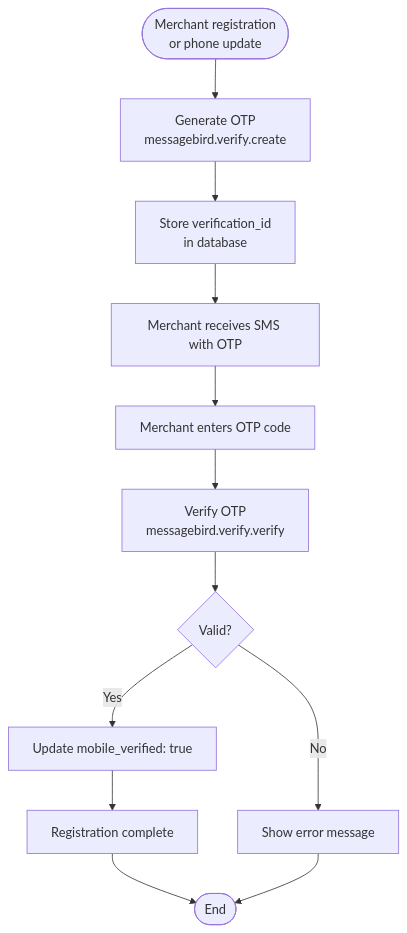
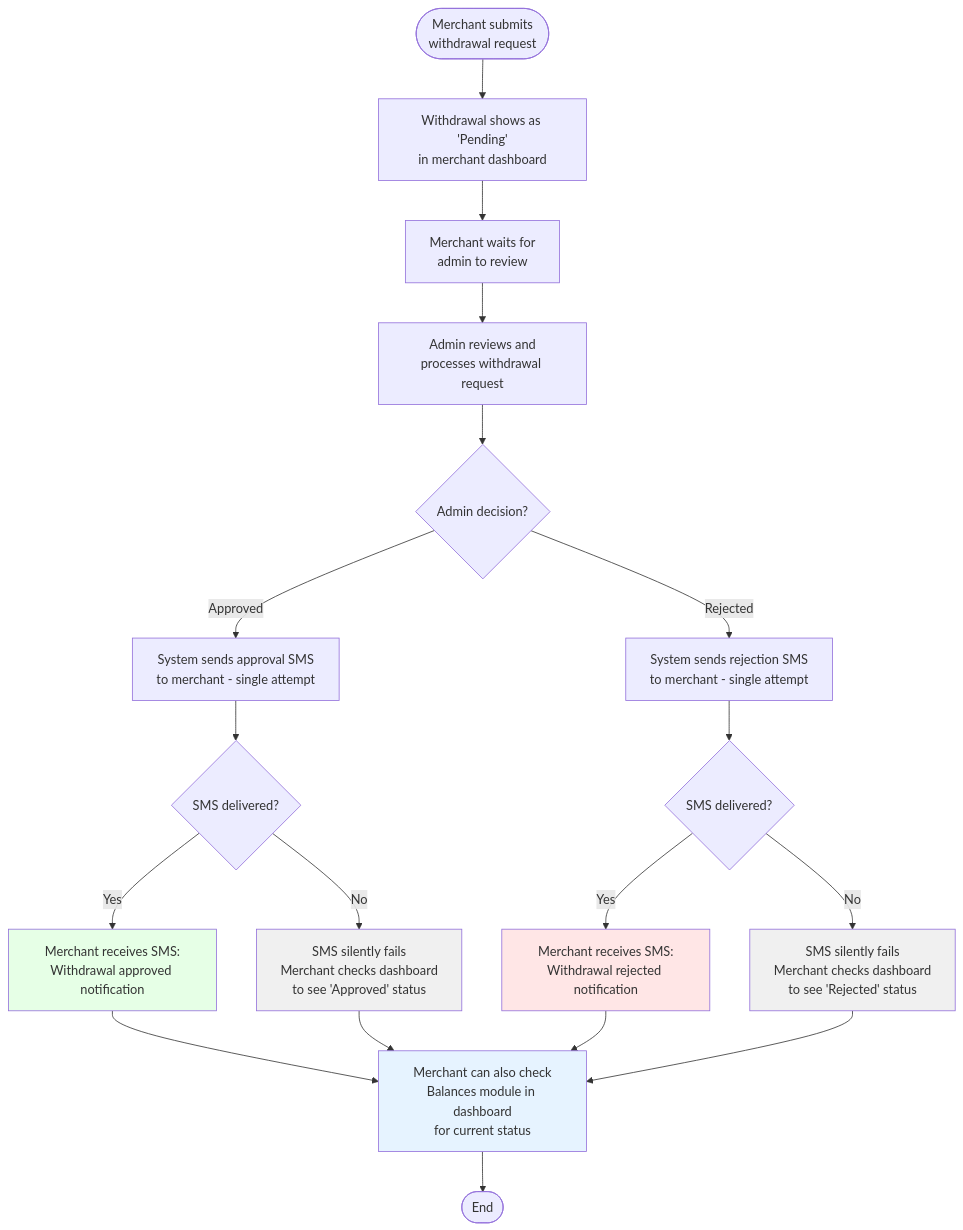
The third of 4 diagrams in docs/product/shared-services/sms_provider_migration_guide_messagebird_to_infotxt.md (Prosperna/prosperna-knowledge-base), drawn with Mermaid before and after one commit. The commit also changed other lines of this file, not shown here.

Commit message:
updated sms migration diagrams

````diff
--- a/docs/product/shared-services/sms_provider_migration_guide_messagebird_to_infotxt.md
+++ b/docs/product/shared-services/sms_provider_migration_guide_messagebird_to_infotxt.md
@@ -250,14 +258,32 @@
 ```mermaid
 flowchart TD
-    Start([Merchant registration<br/>or phone update]) --> Generate[Generate OTP<br/>messagebird.verify.create]
-    Generate --> Store[Store verification_id<br/>in database]
-    Store --> SMS1[Merchant receives SMS with OTP]
-    SMS1 --> Enter[Merchant enters OTP code]
-    Enter --> Verify[Verify OTP<br/>messagebird.verify.verify]
-    Verify --> Check{Valid?}
-    Check -->|Yes| Update[Update mobile_verified: true]
-    Check -->|No| Reject[Show error message]
-    Update --> Complete[Registration complete]
-    Complete --> End([End])
-    Reject --> End
+    Start([Merchant submits<br/>withdrawal request]) --> Pending[Withdrawal shows as 'Pending'<br/>in merchant dashboard]
+    Pending --> Wait[Merchant waits for<br/>admin to review]
+
+    Wait --> Admin[Admin reviews and<br/>processes withdrawal request]
+    Admin --> Decision{Admin decision?}
+
+    Decision -->|Approved| Send_Approval[System sends approval SMS<br/>to merchant - single attempt]
+    Decision -->|Rejected| Send_Rejection[System sends rejection SMS<br/>to merchant - single attempt]
+
+    Send_Approval --> SMS_Success_Approval{SMS delivered?}
+    SMS_Success_Approval -->|Yes| Merchant_Approved[Merchant receives SMS:<br/>Withdrawal approved notification]
+    SMS_Success_Approval -->|No| Dashboard_Approval[SMS silently fails<br/>Merchant checks dashboard<br/>to see 'Approved' status]
+
+    Send_Rejection --> SMS_Success_Rejection{SMS delivered?}
+    SMS_Success_Rejection -->|Yes| Merchant_Rejected[Merchant receives SMS:<br/>Withdrawal rejected notification]
+    SMS_Success_Rejection -->|No| Dashboard_Rejection[SMS silently fails<br/>Merchant checks dashboard<br/>to see 'Rejected' status]
+
+    Merchant_Approved --> Dashboard_Check[Merchant can also check<br/>Balances module in dashboard<br/>for current status]
+    Merchant_Rejected --> Dashboard_Check
+    Dashboard_Approval --> Dashboard_Check
+    Dashboard_Rejection --> Dashboard_Check
+
+    Dashboard_Check --> End([End])
+
+    style Merchant_Approved fill:#e6ffe6
+    style Merchant_Rejected fill:#ffe6e6
+    style Dashboard_Check fill:#e6f3ff
+    style Dashboard_Approval fill:#f0f0f0
+    style Dashboard_Rejection fill:#f0f0f0
 ```
````
